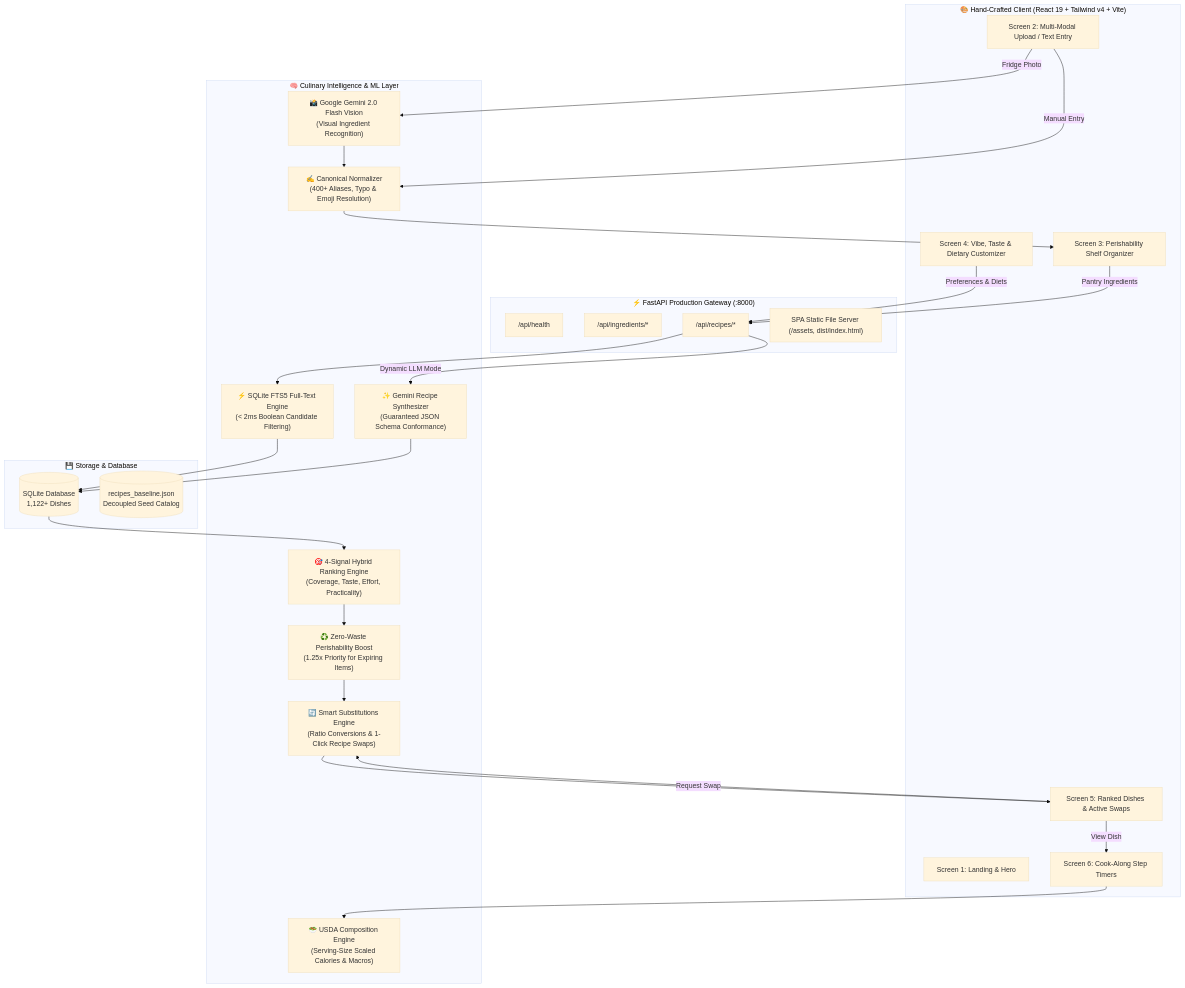
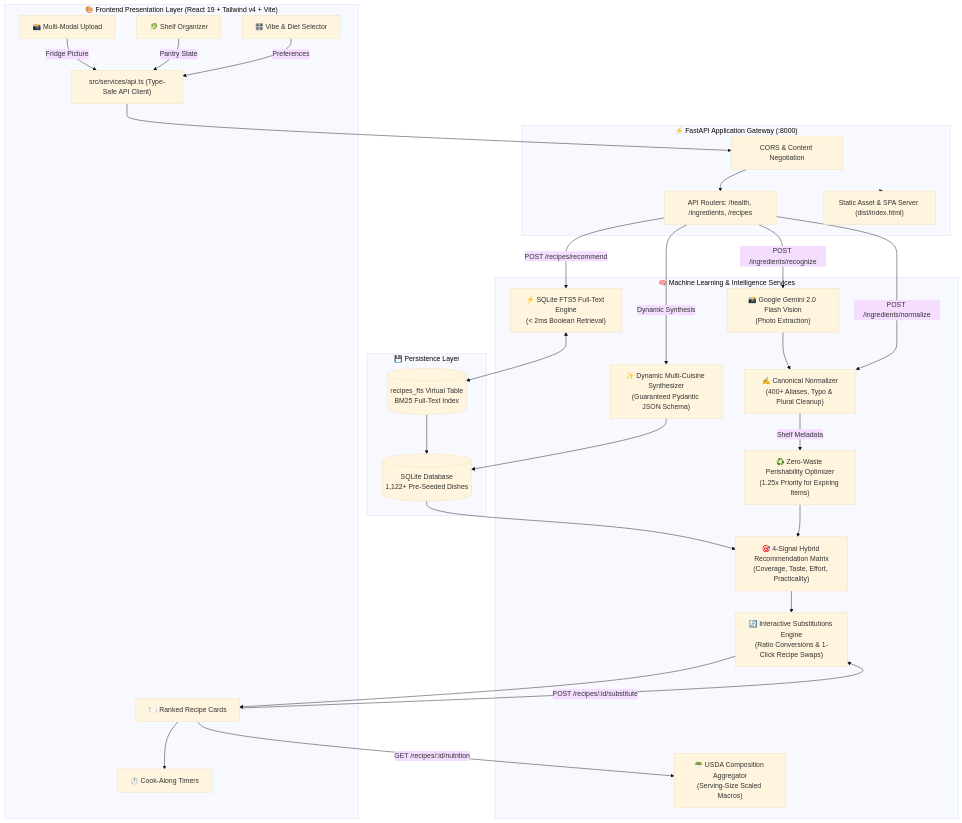
Before and after one commit to KhannakPGupta/FridgeMind: the second of 3 diagrams in README.md, drawn with Mermaid (base theme). The commit also changed other lines of this file, not shown here.

Commit message:
docs: elaborate README with problem vs solution paradigm, metrics, 6-screen journey, and enhanced visuals

````diff
--- a/README.md
+++ b/README.md
@@ -35,55 +133,59 @@
 ```mermaid
 flowchart TD
-    subgraph Frontend["🎨 Hand-Crafted Client (React 19 + Tailwind v4 + Vite)"]
-        S1["Screen 1: Landing & Hero"]
-        S2["Screen 2: Multi-Modal Upload / Text Entry"]
-        S3["Screen 3: Perishability Shelf Organizer"]
-        S4["Screen 4: Vibe, Taste & Dietary Customizer"]
-        S5["Screen 5: Ranked Dishes & Active Swaps"]
-        S6["Screen 6: Cook-Along Step Timers"]
+    subgraph Client["🎨 Frontend Presentation Layer (React 19 + Tailwind v4 + Vite)"]
+        UI_Upload["📸 Multi-Modal Upload"]
+        UI_Pantry["🥬 Shelf Organizer"]
+        UI_Vibe["🎛️ Vibe & Diet Selector"]
+        UI_Results["🍽️ Ranked Recipe Cards"]
+        UI_Cook["⏱️ Cook-Along Timers"]
+        ApiClient["src/services/api.ts (Type-Safe API Client)"]
     end
 
-    subgraph API_Gateway["⚡ FastAPI Production Gateway (:8000)"]
-        HealthRoute["/api/health"]
-        IngRoute["/api/ingredients/*"]
-        RecRoute["/api/recipes/*"]
-        SPARoute["SPA Static File Server (/assets, dist/index.html)"]
+    subgraph Gateway["⚡ FastAPI Application Gateway (:8000)"]
+        CORS["CORS & Content Negotiation"]
+        Router["API Routers: /health, /ingredients, /recipes"]
+        SPA["Static Asset & SPA Server (dist/index.html)"]
     end
 
-    subgraph Intelligence["🧠 Culinary Intelligence & ML Layer"]
-        GeminiVision["📸 Google Gemini 2.0 Flash Vision<br/>(Visual Ingredient Recognition)"]
-        Normalizer["✍️ Canonical Normalizer<br/>(400+ Aliases, Typo & Emoji Resolution)"]
-        FTS5Index["⚡ SQLite FTS5 Full-Text Engine<br/>(&lt; 2ms Boolean Candidate Filtering)"]
-        RankingEngine["🎯 4-Signal Hybrid Ranking Engine<br/>(Coverage, Taste, Effort, Practicality)"]
-        ZeroWaste["♻️ Zero-Waste Perishability Boost<br/>(1.25x Priority for Expiring Items)"]
-        Substitutions["🔄 Smart Substitutions Engine<br/>(Ratio Conversions & 1-Click Recipe Swaps)"]
-        NutritionEngine["🥗 USDA Composition Engine<br/>(Serving-Size Scaled Calories & Macros)"]
-        GeminiGen["✨ Gemini Recipe Synthesizer<br/>(Guaranteed JSON Schema Conformance)"]
+    subgraph Intelligence["🧠 Machine Learning & Intelligence Services"]
+        GeminiVision["📸 Google Gemini 2.0 Flash Vision<br/>(Photo Extraction)"]
+        Normalizer["✍️ Canonical Normalizer<br/>(400+ Aliases, Typo & Plural Cleanup)"]
+        FTS5["⚡ SQLite FTS5 Full-Text Engine<br/>(&lt; 2ms Boolean Retrieval)"]
+        Ranking["🎯 4-Signal Hybrid Recommendation Matrix<br/>(Coverage, Taste, Effort, Practicality)"]
+        ZeroWaste["♻️ Zero-Waste Perishability Optimizer<br/>(1.25x Priority for Expiring Items)"]
+        Substitutions["🔄 Interactive Substitutions Engine<br/>(Ratio Conversions & 1-Click Recipe Swaps)"]
+        Nutrition["🥗 USDA Composition Aggregator<br/>(Serving-Size Scaled Macros)"]
+        LLMAdapter["✨ Dynamic Multi-Cuisine Synthesizer<br/>(Guaranteed Pydantic JSON Schema)"]
     end
 
-    subgraph Data_Layer["💾 Storage & Database"]
-        SQLiteDB[(SQLite Database<br/>1,122+ Dishes)]
-        BaselineFile[("recipes_baseline.json<br/>Decoupled Seed Catalog")]
+    subgraph Persistence["💾 Persistence Layer"]
+        SQLiteDB[(SQLite Database<br/>1,122+ Pre-Seeded Dishes)]
+        FTSVirtualTable[("recipes_fts Virtual Table<br/>BM25 Full-Text Index")]
     end
 
-    S2 -->|Fridge Photo| GeminiVision
-    S2 -->|Manual Entry| Normalizer
+    UI_Upload -->|Fridge Picture| ApiClient
+    UI_Pantry -->|Pantry State| ApiClient
+    UI_Vibe -->|Preferences| ApiClient
+    ApiClient --> CORS --> Router
+
+    Router -->|POST /ingredients/recognize| GeminiVision
     GeminiVision --> Normalizer
-    Normalizer --> S3
+    Router -->|POST /ingredients/normalize| Normalizer
 
-    S4 -->|Preferences & Diets| RecRoute
-    S3 -->|Pantry Ingredients| RecRoute
-    RecRoute --> FTS5Index
-    FTS5Index --> SQLiteDB
-    SQLiteDB --> RankingEngine
-    RankingEngine --> ZeroWaste
-    ZeroWaste --> Substitutions
-    Substitutions --> S5
+    Router -->|POST /recipes/recommend| FTS5
+    FTS5 <--> FTSVirtualTable
+    FTSVirtualTable --> SQLiteDB
+    SQLiteDB --> Ranking
+    Normalizer -->|Shelf Metadata| ZeroWaste
+    ZeroWaste --> Ranking
+    Ranking --> Substitutions
+    Substitutions --> UI_Results
 
-    S5 -->|Request Swap| Substitutions
-    S5 -->|View Dish| S6
-    S6 --> NutritionEngine
+    UI_Results -->|GET /recipes/:id/nutrition| Nutrition
+    UI_Results -->|POST /recipes/:id/substitute| Substitutions
+    UI_Results --> UI_Cook
 
-    RecRoute -->|Dynamic LLM Mode| GeminiGen
-    GeminiGen --> SQLiteDB
+    Router -->|Dynamic Synthesis| LLMAdapter
+    LLMAdapter --> SQLiteDB
+    Gateway --> SPA
 ```
````
